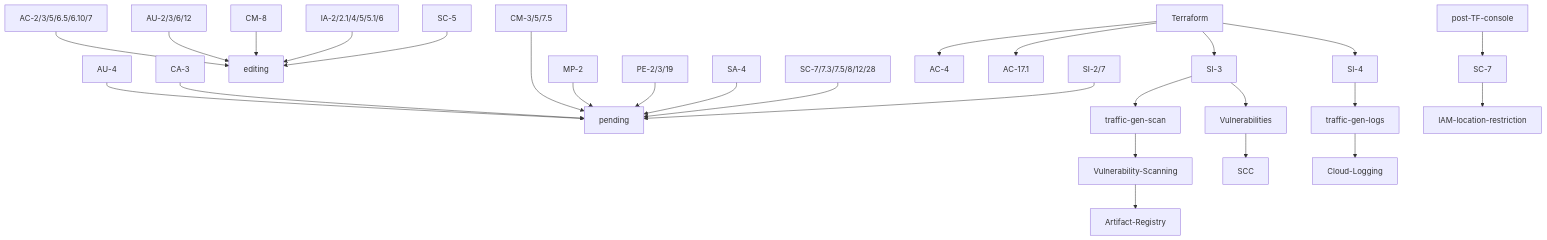
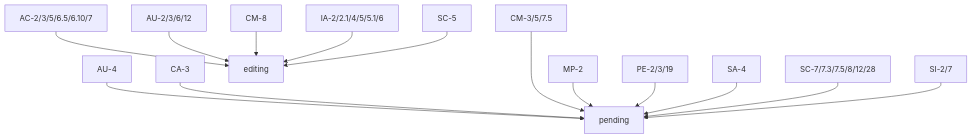
The second of 2 diagrams in docs/google-cloud-security-controls.md (GoogleCloudPlatform/pbmm-on-gcp-onboarding), drawn with Mermaid before and after one commit. The commit also changed other lines of this file, not shown here.

````diff
--- a/docs/google-cloud-security-controls.md
+++ b/docs/google-cloud-security-controls.md
@@ -5,39 +43,25 @@
 ```mermaid
 graph TD;
     AU-4-->pending;
     CA-3-->pending;
     CM-3/5/7.5--->pending;
     
     AC-2/3/5/6.5/6.10/7-->editing;
 
     AU-2/3/6/12-->editing;
 
     CM-8-->editing;
 
     IA-2/2.1/4/5/5.1/6-->editing;
     
     MP-2-->pending;
     PE-2/3/19-->pending;
     
     SA-4-->pending;
     SC-7/7.3/7.5/8/12/28-->pending;
     
     SC-5-->editing;
     
     SI-2/7-->pending;
-    
-    Terraform-->AC-4;
-    Terraform-->AC-17.1
-    Terraform-->SI-3;
-    Terraform-->SI-4;
-    SI-3-->traffic-gen-scan;
-    traffic-gen-scan-->Vulnerability-Scanning;
-    Vulnerability-Scanning-->Artifact-Registry;
-    SI-3-->Vulnerabilities;
-    Vulnerabilities-->SCC;
-    SI-4-->traffic-gen-logs;
-    traffic-gen-logs-->Cloud-Logging;
-    post-TF-console-->SC-7;
-    
-    SC-7-->IAM-location-restriction;
+
 ```
````
